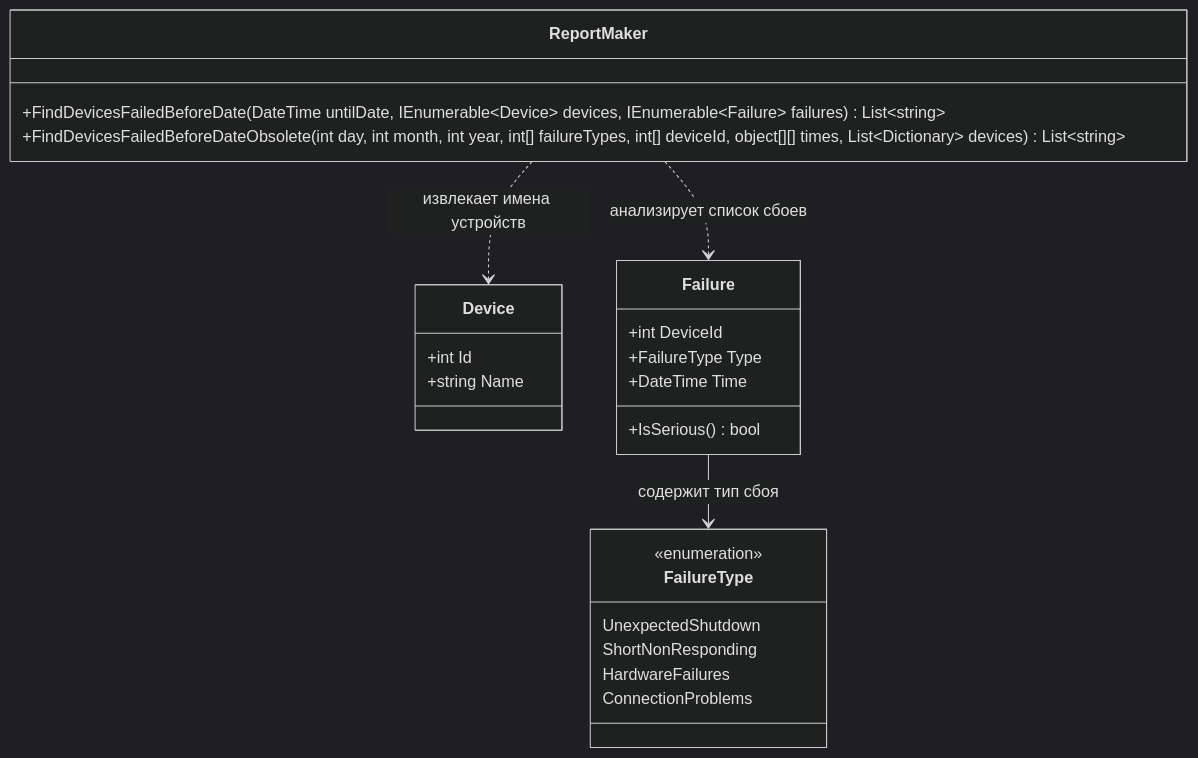
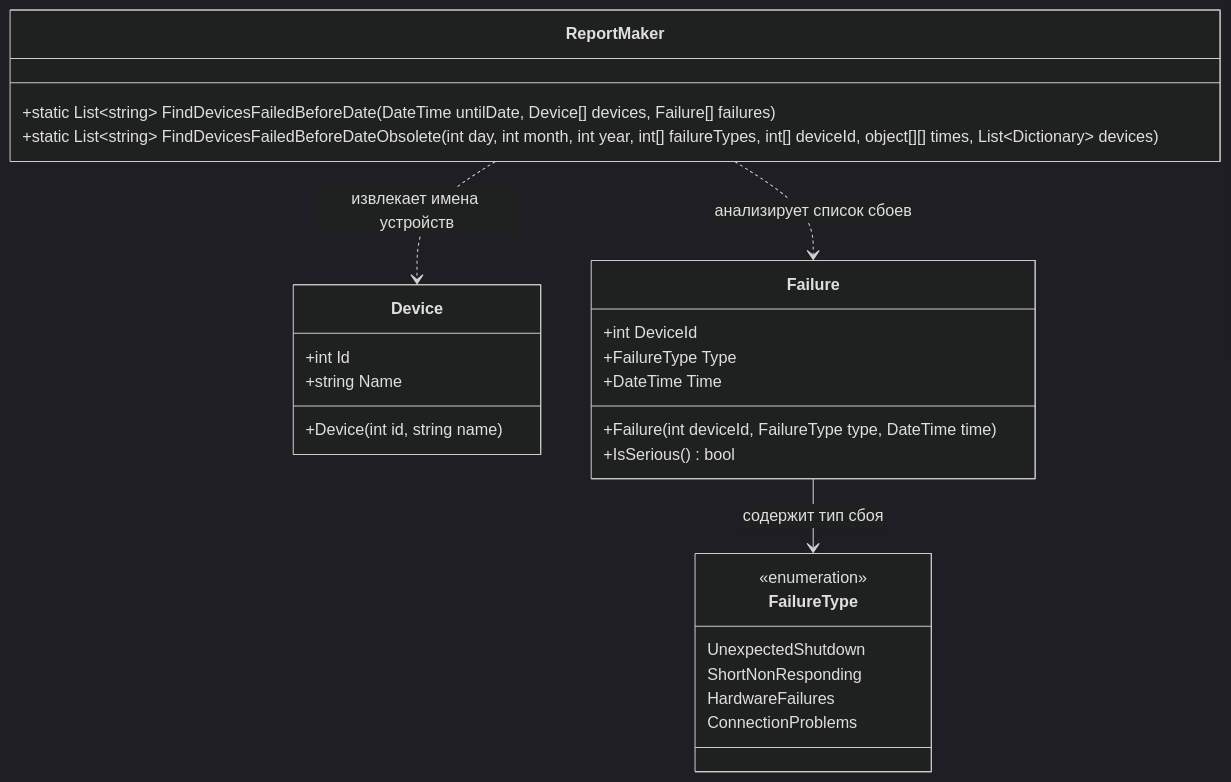
Before and after one commit to N1kZHub/practice-csharp-2026: the diagram in sboi.md, drawn with Mermaid (dark theme).

````diff
--- a/sboi.md
+++ b/sboi.md
@@ -9,33 +9,35 @@
 ```mermaid
 classDiagram
     
     class FailureType {
         UnexpectedShutdown
         ShortNonResponding
         HardwareFailures
         ConnectionProblems
     }
     
     <<enumeration>> FailureType
 
     class Device {
         +int Id
         +string Name
+        +Device(int id, string name)
     }
     
     class Failure {
         +int DeviceId
         +FailureType Type
         +DateTime Time
+        +Failure(int deviceId, FailureType type, DateTime time)
         +IsSerious() bool
     }
     
     class ReportMaker {
-        +FindDevicesFailedBeforeDate(DateTime untilDate, IEnumerable~Device~ devices, IEnumerable~Failure~ failures) List~string~
-        +FindDevicesFailedBeforeDateObsolete(int day, int month, int year, int[] failureTypes, int[] deviceId, object[][] times, List~Dictionary~ devices) List~string~
+        +static List~string~ FindDevicesFailedBeforeDate(DateTime untilDate, Device[] devices, Failure[] failures)
+        +static List~string~ FindDevicesFailedBeforeDateObsolete(int day, int month, int year, int[] failureTypes, int[] deviceId, object[][] times, List~Dictionary~ devices)
     }
     
     Failure --> FailureType : содержит тип сбоя
     ReportMaker ..> Device : извлекает имена устройств
     ReportMaker ..> Failure : анализирует список сбоев
 ```
````
